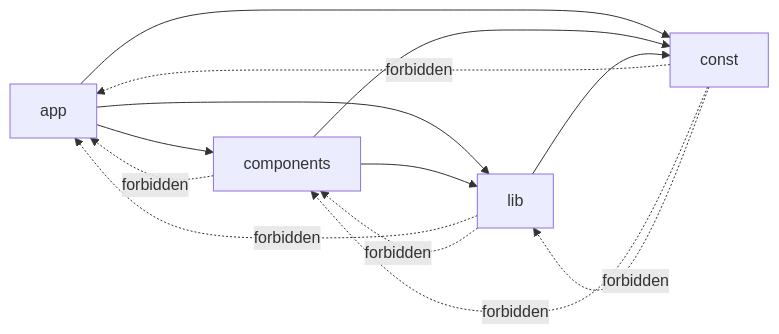
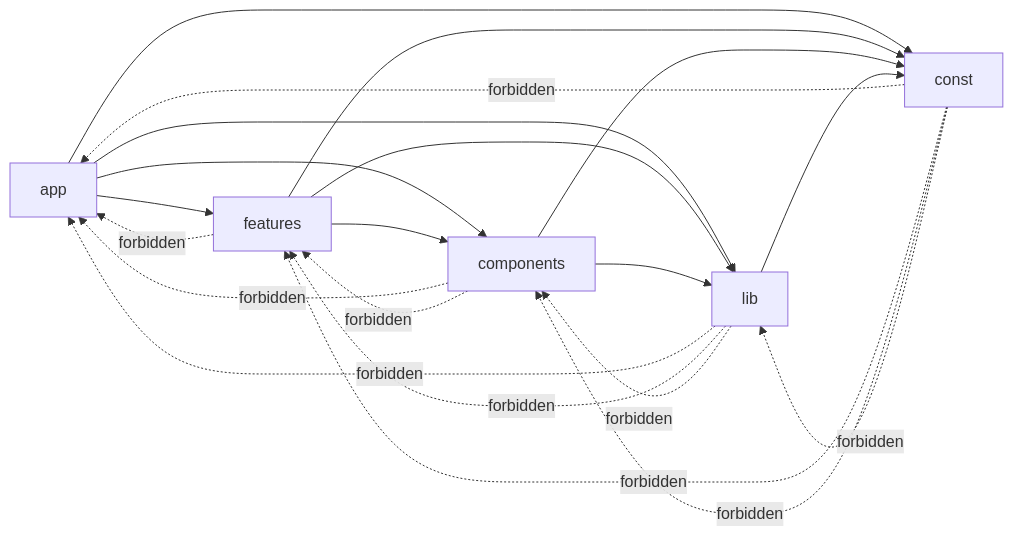
Before and after one commit to Niekes/next-js-ai-template: the diagram in docs/architecture.md, drawn with Mermaid. The commit also changed other lines of this file and 31 other files, not shown here.

First line of the commit message:
feat(architecture): enforce bulletproof feature layering and shared MCP servers

````diff
--- a/docs/architecture.md
+++ b/docs/architecture.md
@@ -19,19 +26,28 @@
 ```mermaid
 flowchart LR
   app
+  features
   components
   lib
   const
+  app --> features
   app --> components
   app --> lib
   app --> const
+  features --> components
+  features --> lib
+  features --> const
   components --> lib
   components --> const
   lib --> const
+  features -.->|forbidden| app
   components -.->|forbidden| app
+  components -.->|forbidden| features
   lib -.->|forbidden| app
+  lib -.->|forbidden| features
   lib -.->|forbidden| components
   const -.->|forbidden| app
+  const -.->|forbidden| features
   const -.->|forbidden| components
   const -.->|forbidden| lib
 ```
````
